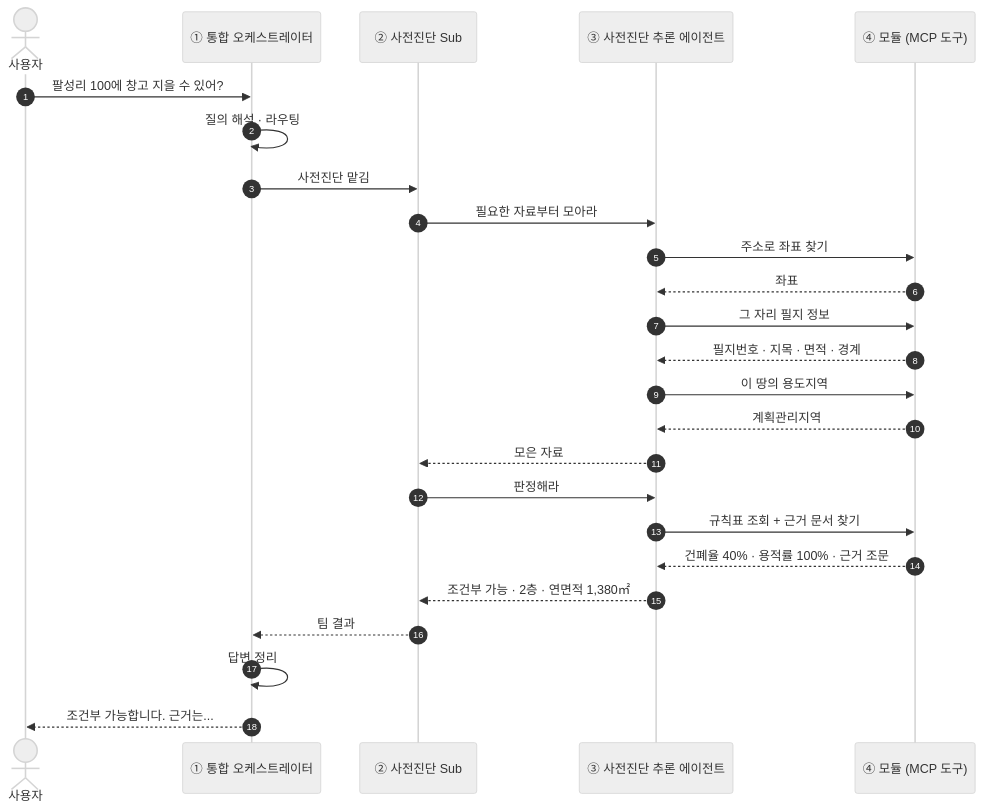
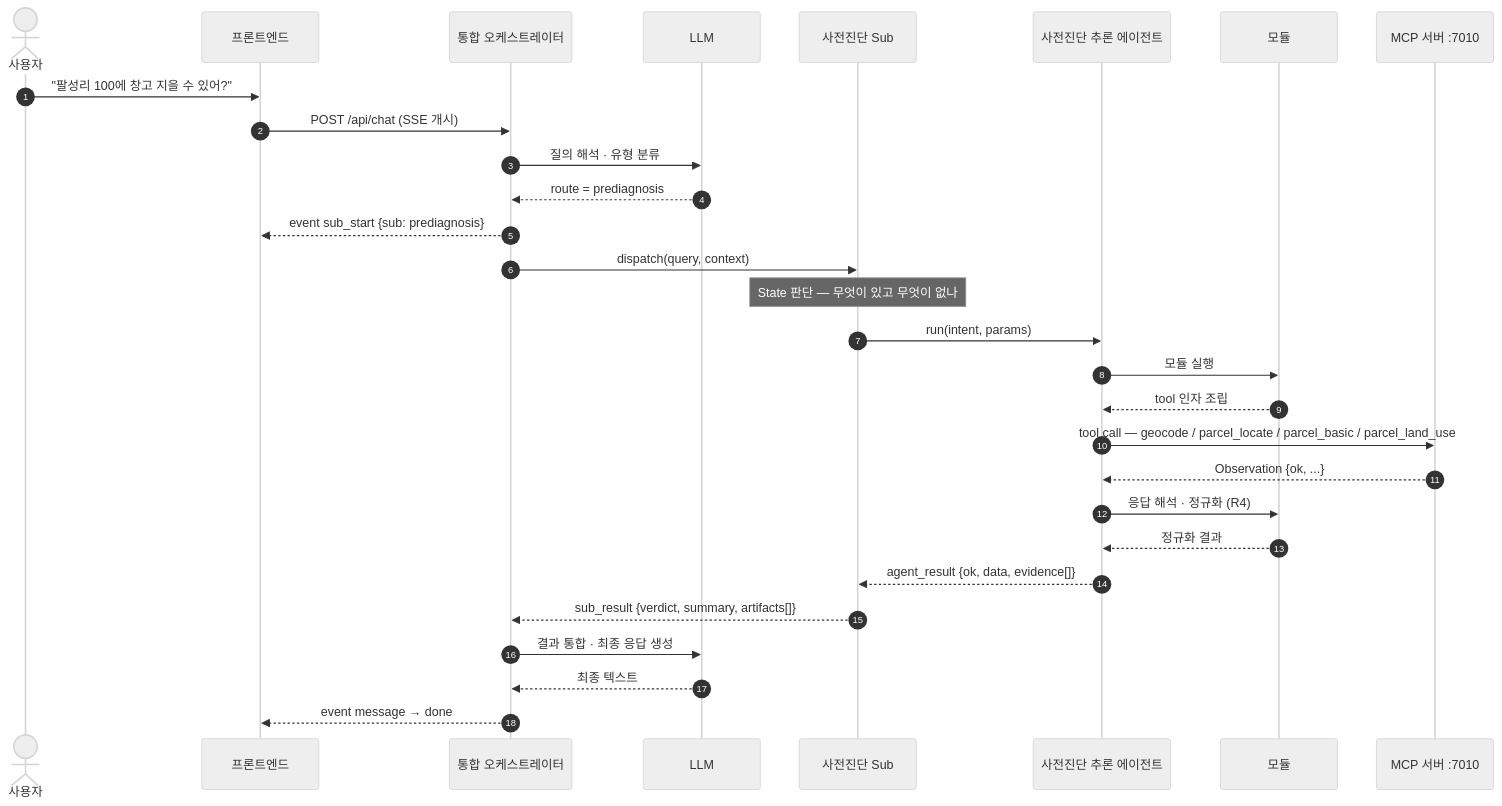
The third of 14 diagrams in docs/MCP-AGENT-SEQUENCE.md (madlrengg100/permit-copilot), drawn with Mermaid (neutral theme) before and after one commit. The commit also changed other lines of this file, not shown here.

Commit message:
Revert to pre-rewrite version with all 13 sequence diagrams

````diff
--- a/docs/MCP-AGENT-SEQUENCE.md
+++ b/docs/MCP-AGENT-SEQUENCE.md
@@ -126,31 +235,38 @@
 ```mermaid
 sequenceDiagram
     autonumber
     actor U as 사용자
-    participant BOSS as ① 통합 오케스트레이터
-    participant LEAD as ② 사전진단 Sub
-    participant WK as ③ 사전진단 추론 에이전트
-    participant TOOL as ④ 모듈 (MCP 도구)
+    participant FE as 프론트엔드
+    participant MO as 통합 오케스트레이터
+    participant L as LLM
+    participant SO as 사전진단 Sub
+    participant AG as 사전진단 추론 에이전트
+    participant MD as 모듈
+    participant MCP as MCP 서버 :7010
 
-    U->>BOSS: 팔성리 100에 창고 지을 수 있어?
-    BOSS->>BOSS: 질의 해석 · 라우팅
-    BOSS->>LEAD: 사전진단 맡김
+    U->>FE: "팔성리 100에 창고 지을 수 있어?"
+    FE->>MO: POST /api/chat (SSE 개시)
 
-    LEAD->>WK: 필요한 자료부터 모아라
-    WK->>TOOL: 주소로 좌표 찾기
-    TOOL-->>WK: 좌표
-    WK->>TOOL: 그 자리 필지 정보
-    TOOL-->>WK: 필지번호 · 지목 · 면적 · 경계
-    WK->>TOOL: 이 땅의 용도지역
-    TOOL-->>WK: 계획관리지역
-    WK-->>LEAD: 모은 자료
+    MO->>L: 질의 해석 · 유형 분류
+    L-->>MO: route = prediagnosis
+    MO-->>FE: event sub_start {sub: prediagnosis}
 
-    LEAD->>WK: 판정해라
-    WK->>TOOL: 규칙표 조회 + 근거 문서 찾기
-    TOOL-->>WK: 건폐율 40% · 용적률 100% · 근거 조문
-    WK-->>LEAD: 조건부 가능 · 2층 · 연면적 1,380㎡
-    LEAD-->>BOSS: 팀 결과
+    MO->>SO: dispatch(query, context)
+    Note over SO: State 판단 — 무엇이 있고 무엇이 없나
 
-    BOSS->>BOSS: 답변 정리
-    BOSS-->>U: 조건부 가능합니다. 근거는...
+    SO->>AG: run(intent, params)
+
+    AG->>MD: 모듈 실행
+    MD-->>AG: tool 인자 조립
+    AG->>MCP: tool call — geocode / parcel_locate / parcel_basic / parcel_land_use
+    MCP-->>AG: Observation {ok, ...}
+    AG->>MD: 응답 해석 · 정규화 (R4)
+    MD-->>AG: 정규화 결과
+
+    AG-->>SO: agent_result {ok, data, evidence[]}
+    SO-->>MO: sub_result {verdict, summary, artifacts[]}
+
+    MO->>L: 결과 통합 · 최종 응답 생성
+    L-->>MO: 최종 텍스트
+    MO-->>FE: event message → done
 ```
````
